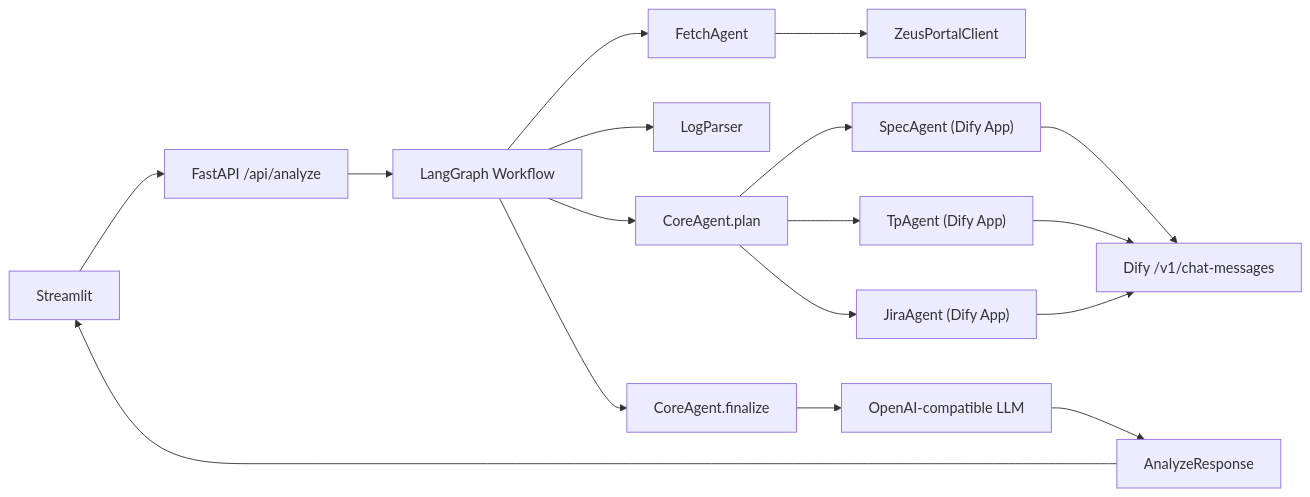
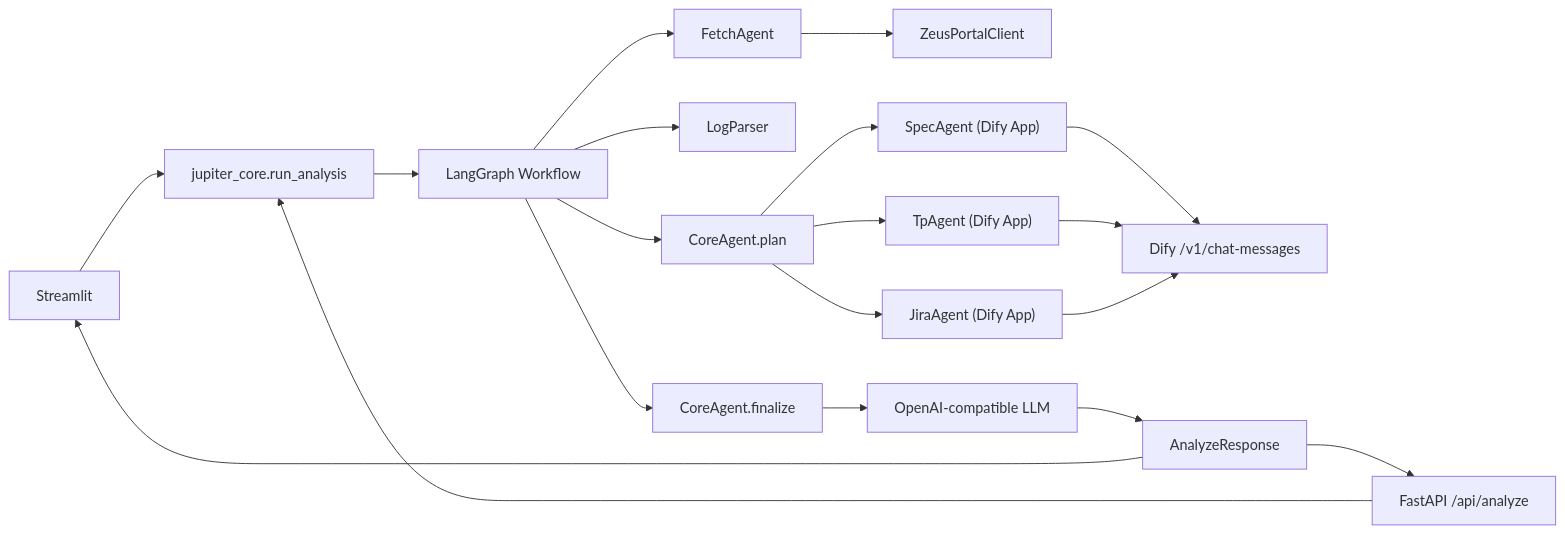
One commit to jonhncatt/jupiter changed the first of 3 diagrams in README.md. Above: the diagram before and after it, drawn with Mermaid. The commit also changed other lines of this file and 7 other files, not shown here.

Commit message:
refactor: share core workflow for api and ui

````diff
--- a/README.md
+++ b/README.md
@@ -18,23 +18,25 @@
 ```mermaid
 flowchart LR
-UI["Streamlit"] --> API["FastAPI /api/analyze"]
-API --> G["LangGraph Workflow"]
+UI["Streamlit"] --> CORE["jupiter_core.run_analysis"]
+API["FastAPI /api/analyze"] --> CORE
+CORE --> G["LangGraph Workflow"]
 
 G --> F["FetchAgent"]
 F --> Z["ZeusPortalClient"]
 G --> P["LogParser"]
 
 G --> C1["CoreAgent.plan"]
 C1 --> S["SpecAgent (Dify App)"]
 C1 --> T["TpAgent (Dify App)"]
 C1 --> J["JiraAgent (Dify App)"]
 
 S --> D["Dify /v1/chat-messages"]
 T --> D
 J --> D
 
 G --> C2["CoreAgent.finalize"]
 C2 --> L["OpenAI-compatible LLM"]
 L --> R["AnalyzeResponse"]
 R --> UI
+R --> API
 ```
````
